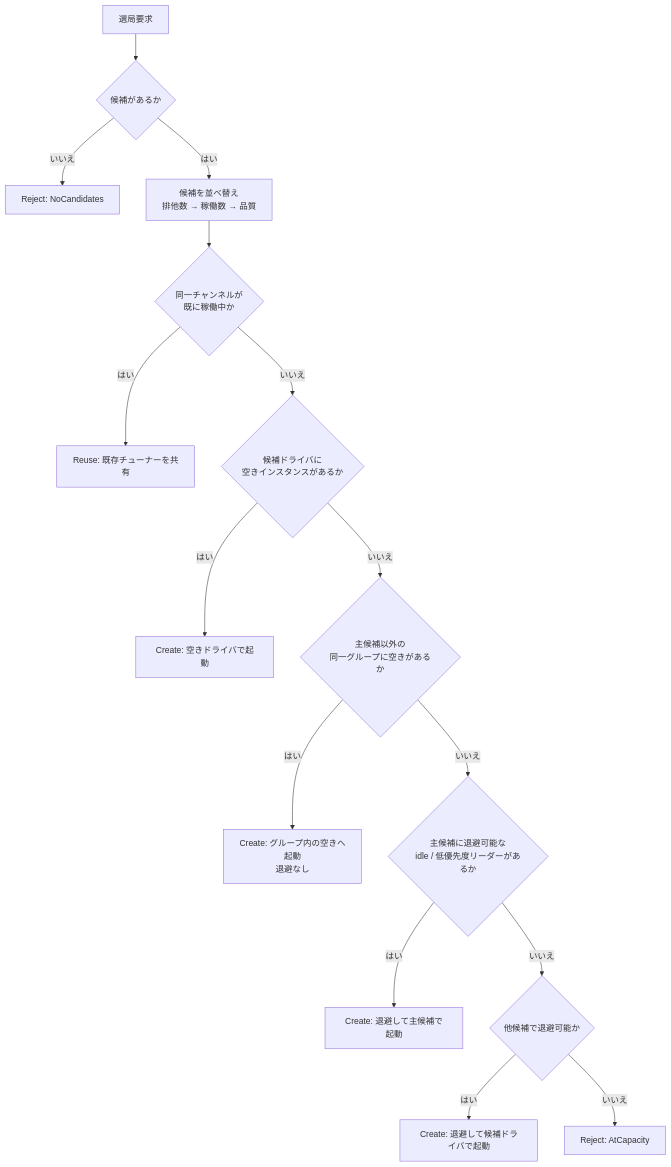
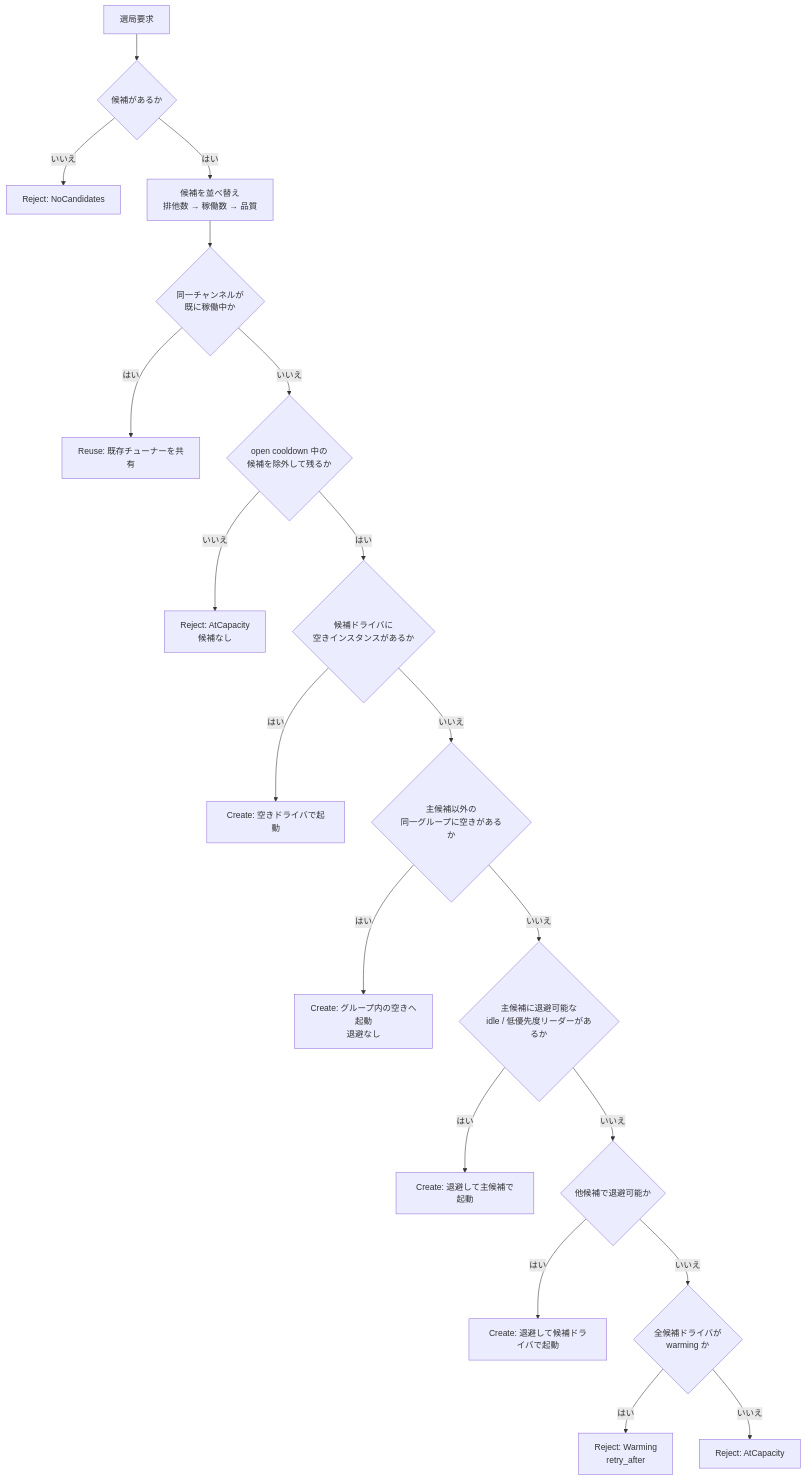
Before and after one commit to stuayu/recisdb-proxy-rs: the first of 7 diagrams in docs/DESIGN.md, drawn with Mermaid. The commit also changed other lines of this file and 16 other files, not shown here.

````diff
--- a/docs/DESIGN.md
+++ b/docs/DESIGN.md
@@ -241,17 +246,21 @@
 ```mermaid
 flowchart TD
-    A[選局要求] --> B{候補があるか}
-    B -- いいえ --> R0[Reject: NoCandidates]
-    B -- はい --> C[候補を並べ替え\n排他数 → 稼働数 → 品質]
-    C --> D{同一チャンネルが\n既に稼働中か}
-    D -- はい --> R[Reuse: 既存チューナーを共有]
-    D -- いいえ --> E{候補ドライバに\n空きインスタンスがあるか}
-    E -- はい --> N[Create: 空きドライバで起動]
-    E -- いいえ --> F{主候補以外の\n同一グループに空きがあるか}
-    F -- はい --> G[Create: グループ内の空きへ起動\n退避なし]
-    F -- いいえ --> H{主候補に退避可能な\nidle / 低優先度リーダーがあるか}
-    H -- はい --> I[Create: 退避して主候補で起動]
-    H -- いいえ --> J{他候補で退避可能か}
-    J -- はい --> K[Create: 退避して候補ドライバで起動]
-    J -- いいえ --> R1[Reject: AtCapacity]
+    A[選局要求] --> B{"候補があるか"}
+    B -->|"いいえ"| R0["Reject: NoCandidates"]
+    B -->|"はい"| C["候補を並べ替え<br/>排他数 → 稼働数 → 品質"]
+    C --> D{"同一チャンネルが<br/>既に稼働中か"}
+    D -->|"はい"| R["Reuse: 既存チューナーを共有"]
+    D -->|"いいえ"| CD{"open cooldown 中の<br/>候補を除外して残るか"}
+    CD -->|"いいえ"| R2["Reject: AtCapacity<br/>候補なし"]
+    CD -->|"はい"| E{"候補ドライバに<br/>空きインスタンスがあるか"}
+    E -->|"はい"| N["Create: 空きドライバで起動"]
+    E -->|"いいえ"| F{"主候補以外の<br/>同一グループに空きがあるか"}
+    F -->|"はい"| G["Create: グループ内の空きへ起動<br/>退避なし"]
+    F -->|"いいえ"| H{"主候補に退避可能な<br/>idle / 低優先度リーダーがあるか"}
+    H -->|"はい"| I["Create: 退避して主候補で起動"]
+    H -->|"いいえ"| J{"他候補で退避可能か"}
+    J -->|"はい"| K["Create: 退避して候補ドライバで起動"]
+    J -->|"いいえ"| W{"全候補ドライバが<br/>warming か"}
+    W -->|"はい"| RW["Reject: Warming<br/>retry_after"]
+    W -->|"いいえ"| R1["Reject: AtCapacity"]
 ```
````
